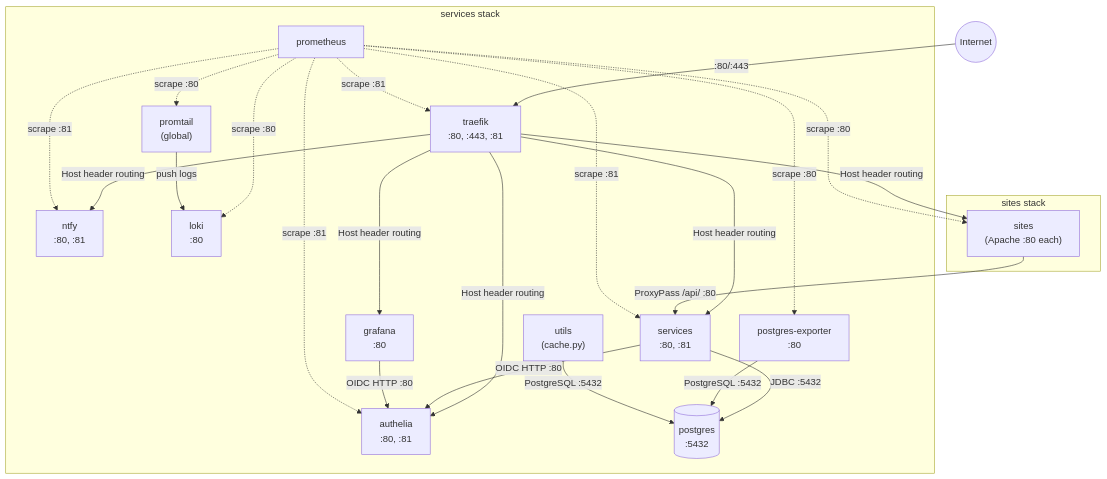
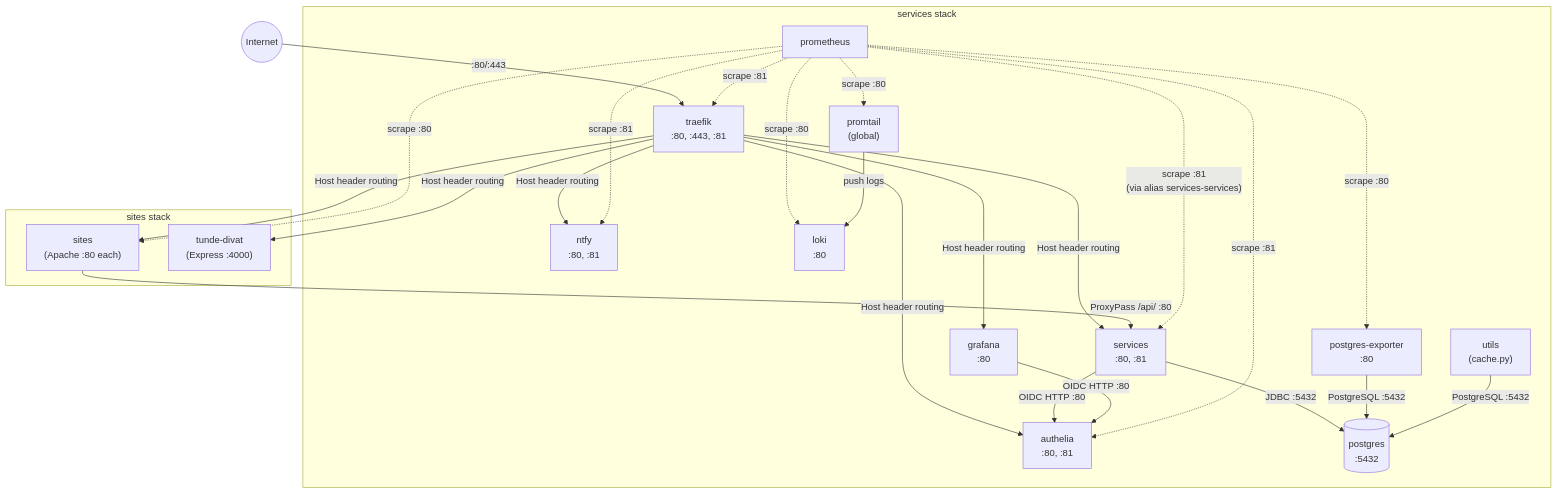
Before and after one commit to outsideworx/.kiro: the diagram in prompts/outsideworx/networking.md, drawn with Mermaid. The commit also changed other lines of this file and 9 other files, not shown here.

````diff
--- a/prompts/outsideworx/networking.md
+++ b/prompts/outsideworx/networking.md
@@ -102,47 +102,49 @@
 ```mermaid
 graph TB
     Internet((Internet))
 
     subgraph services stack
         traefik["traefik\n:80, :443, :81"]
         authelia["authelia\n:80, :81"]
         grafana["grafana\n:80"]
         ntfy["ntfy\n:80, :81"]
         services["services\n:80, :81"]
         postgres[("postgres\n:5432")]
         postgres_exporter["postgres-exporter\n:80"]
         utils["utils\n(cache.py)"]
         prometheus["prometheus"]
         promtail["promtail\n(global)"]
         loki["loki\n:80"]
     end
 
     subgraph sites stack
         sites["sites\n(Apache :80 each)"]
+        tunde["tunde-divat\n(Express :4000)"]
     end
 
     Internet -->|":80/:443"| traefik
     traefik -->|"Host header routing"| authelia
     traefik -->|"Host header routing"| grafana
     traefik -->|"Host header routing"| ntfy
     traefik -->|"Host header routing"| services
     traefik -->|"Host header routing"| sites
+    traefik -->|"Host header routing"| tunde
 
     services -->|"JDBC :5432"| postgres
     services -->|"OIDC HTTP :80"| authelia
     grafana -->|"OIDC HTTP :80"| authelia
     sites -->|"ProxyPass /api/ :80"| services
     postgres_exporter -->|"PostgreSQL :5432"| postgres
     utils -->|"PostgreSQL :5432"| postgres
 
     prometheus -.->|"scrape :81"| authelia
     prometheus -.->|"scrape :80"| loki
     prometheus -.->|"scrape :81"| ntfy
     prometheus -.->|"scrape :80"| postgres_exporter
     prometheus -.->|"scrape :80"| promtail
-    prometheus -.->|"scrape :81"| services
+    prometheus -.->|"scrape :81\n(via alias services-services)"| services
     prometheus -.->|"scrape :81"| traefik
     prometheus -.->|"scrape :80"| sites
 
     promtail -->|"push logs"| loki
 ```
````
